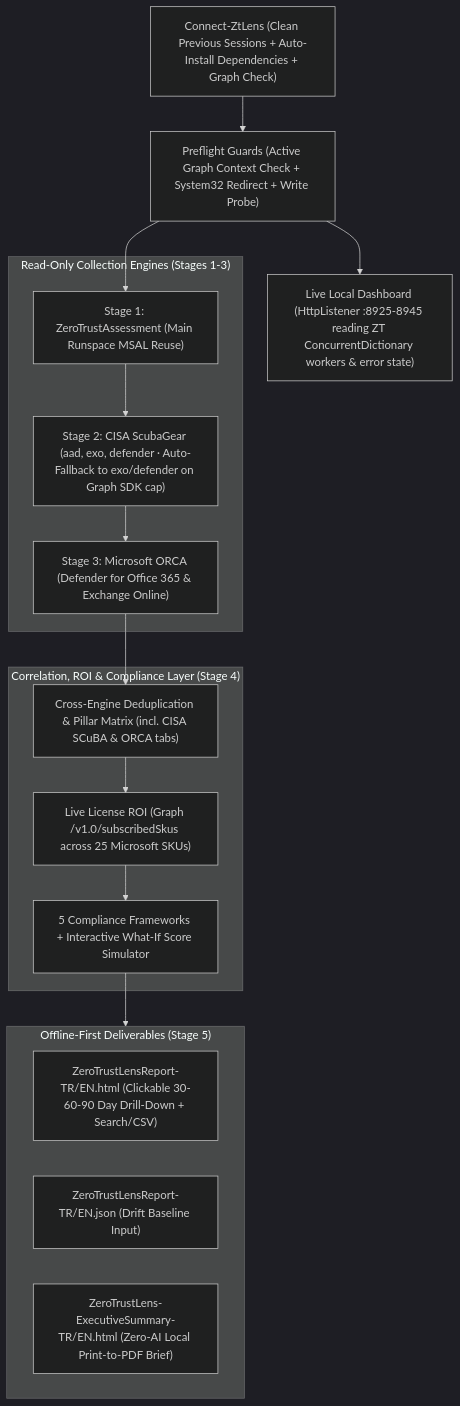
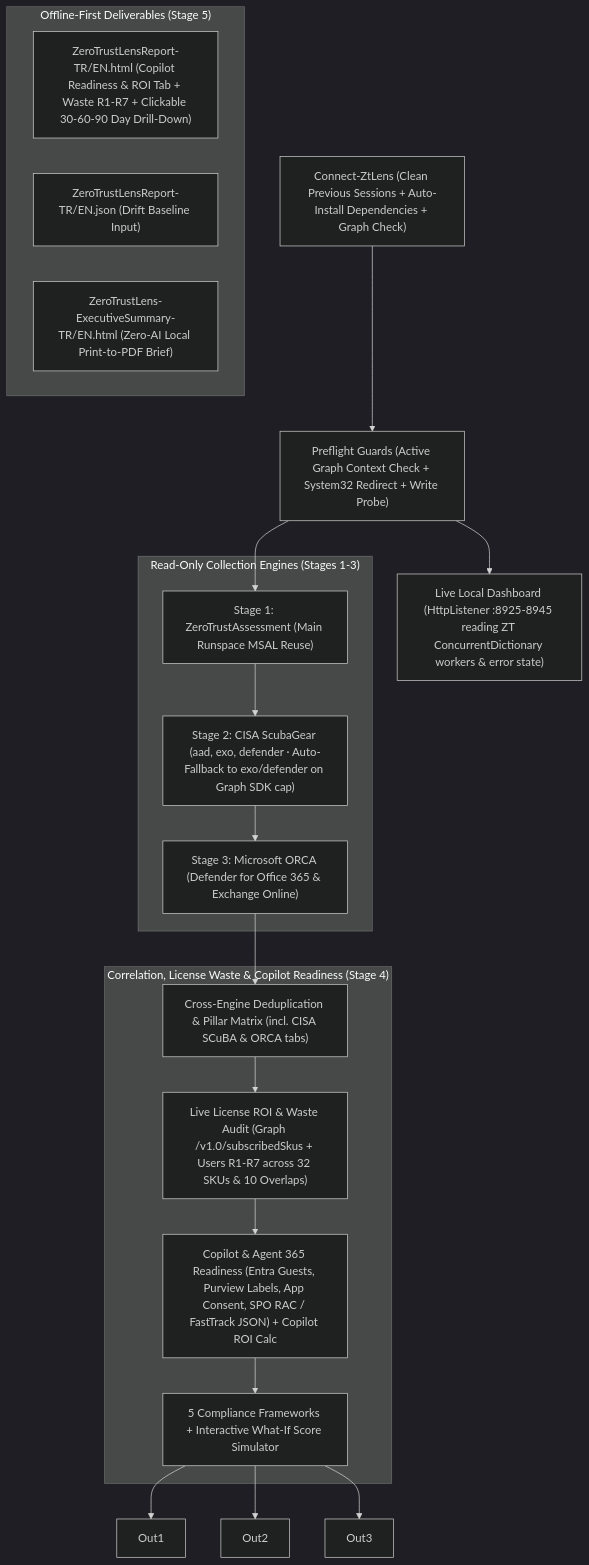
The diagram in README.md (canercetinkaya/TenantBrief), drawn with Mermaid (dark theme) before and after one commit. The commit also changed other lines of this file and 11 other files, not shown here.

Commit message:
feat(copilot,license-waste): integrate Copilot & Agent readiness, R1-R7 license waste/overlap audit across 32 SKUs, and offline Copilot ROI calculator

````diff
--- a/README.md
+++ b/README.md
@@ -17,28 +17,31 @@
 ```mermaid
 flowchart TB
     Start["Connect-ZtLens (Clean Previous Sessions + Auto-Install Dependencies + Graph Check)"]
     Pre["Preflight Guards (Active Graph Context Check + System32 Redirect + Write Probe)"]
     UI["Live Local Dashboard (HttpListener :8925-8945 reading ZT ConcurrentDictionary workers & error state)"]
 
     subgraph Engines["Read-Only Collection Engines (Stages 1-3)"]
         S1["Stage 1: ZeroTrustAssessment (Main Runspace MSAL Reuse)"]
         S2["Stage 2: CISA ScubaGear (aad, exo, defender · Auto-Fallback to exo/defender on Graph SDK cap)"]
         S3["Stage 3: Microsoft ORCA (Defender for Office 365 & Exchange Online)"]
     end
 
-    subgraph Analytics["Correlation, ROI & Compliance Layer (Stage 4)"]
+    subgraph Stage4["Correlation, License Waste & Copilot Readiness (Stage 4)"]
         Corr["Cross-Engine Deduplication & Pillar Matrix (incl. CISA SCuBA & ORCA tabs)"]
-        ROI["Live License ROI (Graph /v1.0/subscribedSkus across 25 Microsoft SKUs)"]
+        ROI["Live License ROI & Waste Audit (Graph /v1.0/subscribedSkus + Users R1-R7 across 32 SKUs & 10 Overlaps)"]
+        Cop["Copilot & Agent 365 Readiness (Entra Guests, Purview Labels, App Consent, SPO RAC / FastTrack JSON) + Copilot ROI Calc"]
         FW["5 Compliance Frameworks + Interactive What-If Score Simulator"]
     end
 
     subgraph Outputs["Offline-First Deliverables (Stage 5)"]
-        HTML["ZeroTrustLensReport-TR/EN.html (Clickable 30-60-90 Day Drill-Down + Search/CSV)"]
+        HTML["ZeroTrustLensReport-TR/EN.html (Copilot Readiness & ROI Tab + Waste R1-R7 + Clickable 30-60-90 Day Drill-Down)"]
         JSON["ZeroTrustLensReport-TR/EN.json (Drift Baseline Input)"]
         PDF["ZeroTrustLens-ExecutiveSummary-TR/EN.html (Zero-AI Local Print-to-PDF Brief)"]
     end
 
     Start --> Pre --> UI
     Pre --> S1 --> S2 --> S3
-    S3 --> Corr --> ROI --> FW --> Outputs
+    S3 --> Corr --> ROI --> Cop --> FW --> Out1
+    FW --> Out2
+    FW --> Out3
 ```
````
